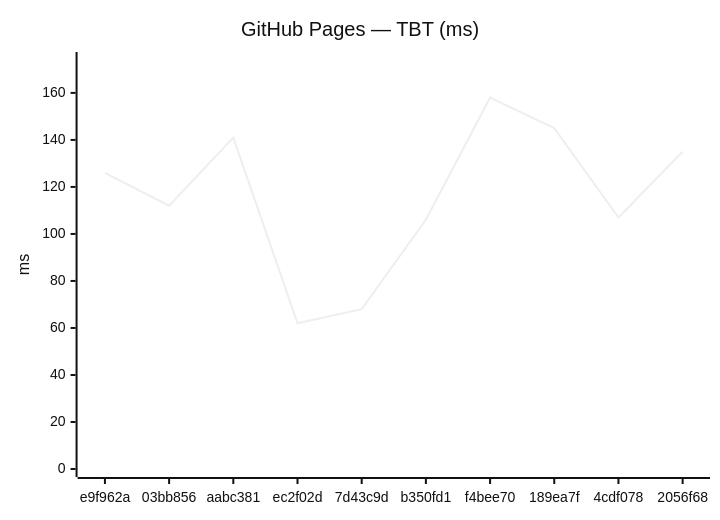
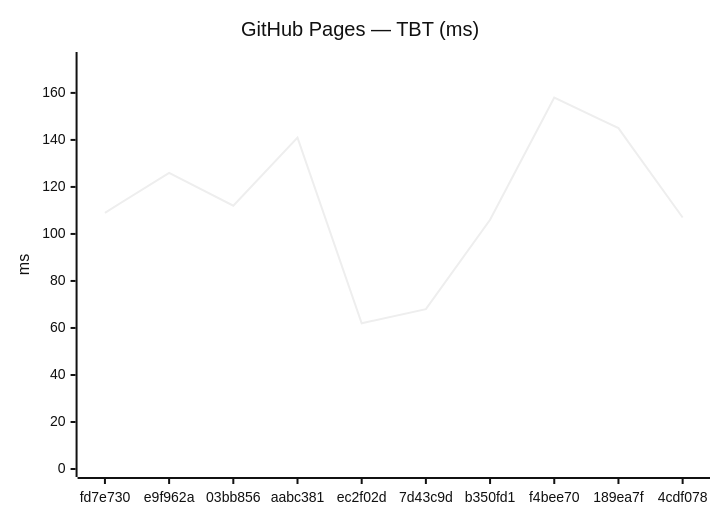
Before and after one commit to Metaheurist/Rianell: the fourth of 18 diagrams in benchmarks/compare.md, drawn with Mermaid (neutral theme). The commit also changed other lines of this file and 11 other files, not shown here.

````diff
--- a/benchmarks/compare.md
+++ b/benchmarks/compare.md
@@ -61,7 +61,7 @@
 ```mermaid
 xychart-beta
     title "GitHub Pages — TBT (ms)"
-    x-axis ["e9f962a", "03bb856", "aabc381", "ec2f02d", "7d43c9d", "b350fd1", "f4bee70", "189ea7f", "4cdf078", "2056f68"]
+    x-axis ["fd7e730", "e9f962a", "03bb856", "aabc381", "ec2f02d", "7d43c9d", "b350fd1", "f4bee70", "189ea7f", "4cdf078"]
     y-axis "ms" 0 --> 174
-    line [126, 112, 141, 62, 68, 106, 158, 145, 107, 135]
+    line [109, 126, 112, 141, 62, 68, 106, 158, 145, 107]
 ```
````
